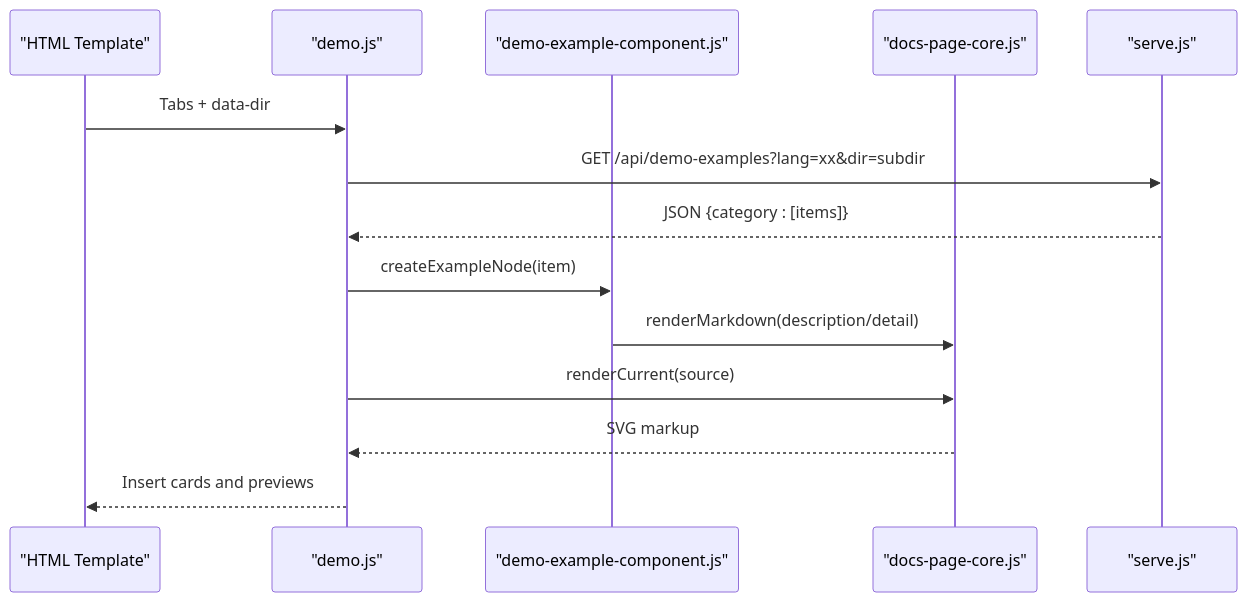
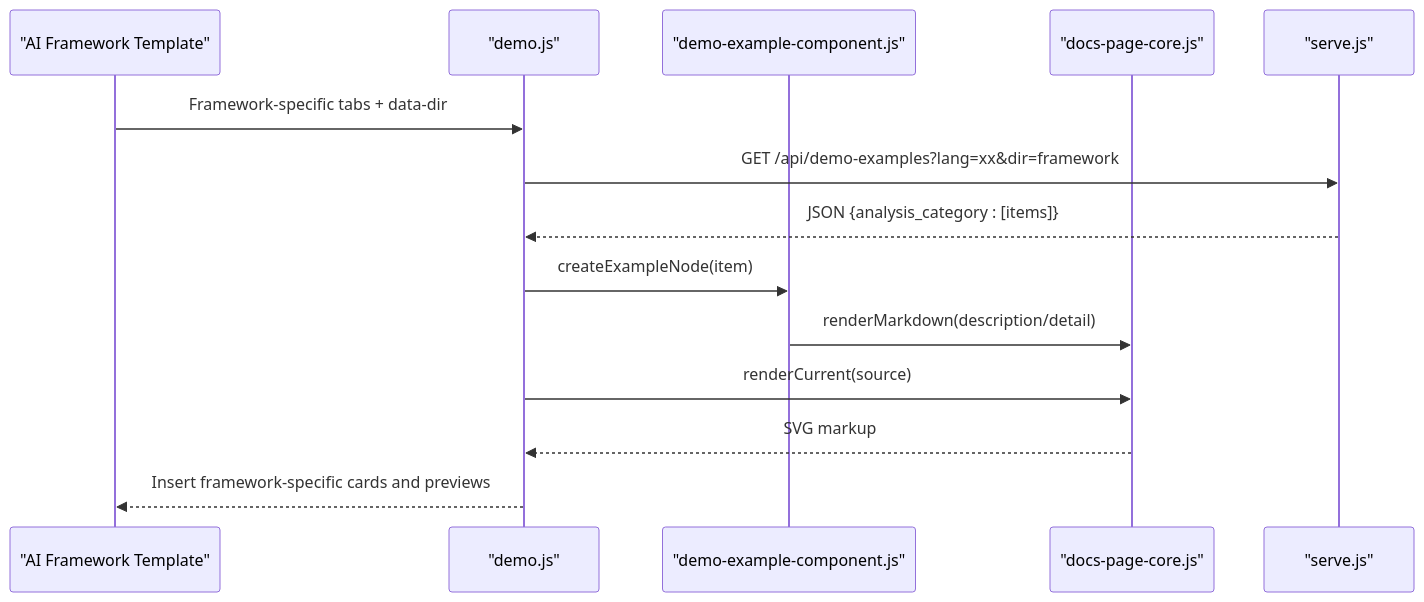
One commit to pingwurth/code-to-uml changed the fifth of 8 diagrams in .qoder/repowiki/en/content/Template System/Template System.md. Above: the diagram before and after it, drawn with Mermaid. The commit also changed other lines of this file and 48 other files, not shown here.

````diff
--- a/.qoder/repowiki/en/content/Template System/Template System.md
+++ b/.qoder/repowiki/en/content/Template System/Template System.md
@@ -218,16 +305,16 @@
 ```mermaid
 sequenceDiagram
-participant HTML as "HTML Template"
+participant HTML as "AI Framework Template"
 participant Demo as "demo.js"
 participant Comp as "demo-example-component.js"
 participant Core as "docs-page-core.js"
 participant Server as "serve.js"
-HTML->>Demo : Tabs + data-dir
-Demo->>Server : GET /api/demo-examples?lang=xx&dir=subdir
-Server-->>Demo : JSON {category : [items]}
+HTML->>Demo : Framework-specific tabs + data-dir
+Demo->>Server : GET /api/demo-examples?lang=xx&dir=framework
+Server-->>Demo : JSON {analysis_category : [items]}
 Demo->>Comp : createExampleNode(item)
 Comp->>Core : renderMarkdown(description/detail)
 Demo->>Core : renderCurrent(source)
 Core-->>Demo : SVG markup
-Demo-->>HTML : Insert cards and previews
+Demo-->>HTML : Insert framework-specific cards and previews
 ```
````
